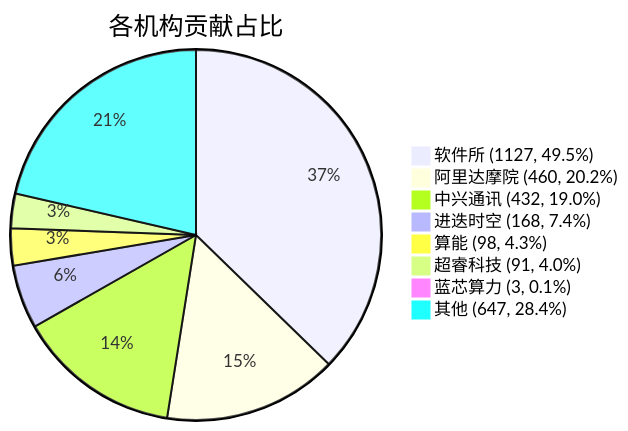
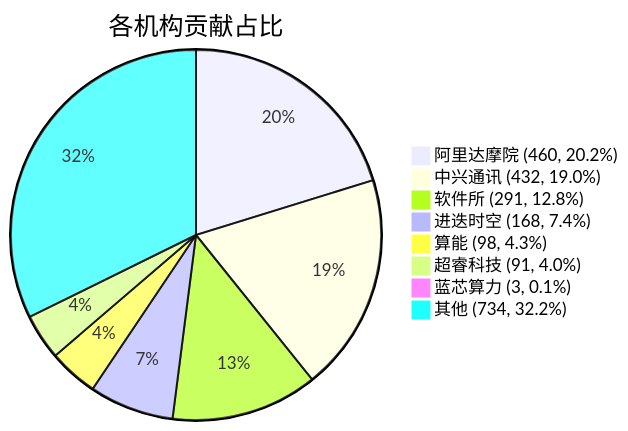
One commit to RVCK-Project/rvck changed the diagram in docs/index.md. Above: the diagram before and after it, drawn with Mermaid. The commit also changed other lines of this file and 24 other files, not shown here.

````diff
--- a/docs/index.md
+++ b/docs/index.md
@@ -40,11 +40,11 @@
 ```mermaid
 pie title 各机构贡献占比
-    "软件所 (1127, 49.5%)" : 1127
     "阿里达摩院 (460, 20.2%)" : 460
     "中兴通讯 (432, 19.0%)" : 432
+    "软件所 (291, 12.8%)" : 291
     "进迭时空 (168, 7.4%)" : 168
     "算能 (98, 4.3%)" : 98
     "超睿科技 (91, 4.0%)" : 91
     "蓝芯算力 (3, 0.1%)" : 3
-    "其他 (647, 28.4%)" : 647
+    "其他 (734, 32.2%)" : 734
 ```
````
